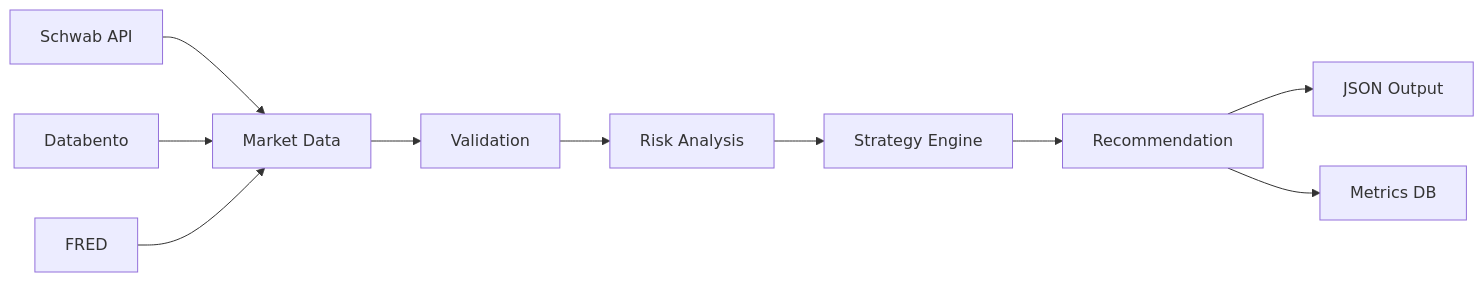
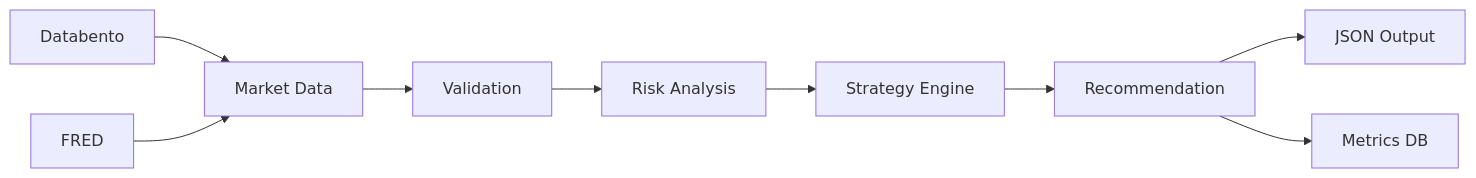
One commit to njrun1804/wheel-trading changed the diagram in .codex/AGENTS.md. Above: the diagram before and after it, drawn with Mermaid. The commit also changed other lines of this file and 39 other files, not shown here.

````diff
--- a/.codex/AGENTS.md
+++ b/.codex/AGENTS.md
@@ -68,14 +68,13 @@
 ```mermaid
 graph LR
     A[Market Data] --> B[Validation]
     B --> C[Risk Analysis]
     C --> D[Strategy Engine]
     D --> E[Recommendation]
 
-    A1[Schwab API] --> A
-    A2[Databento] --> A
-    A3[FRED] --> A
+    A1[Databento] --> A
+    A2[FRED] --> A
 
     E --> F[JSON Output]
     E --> G[Metrics DB]
 ```
````
